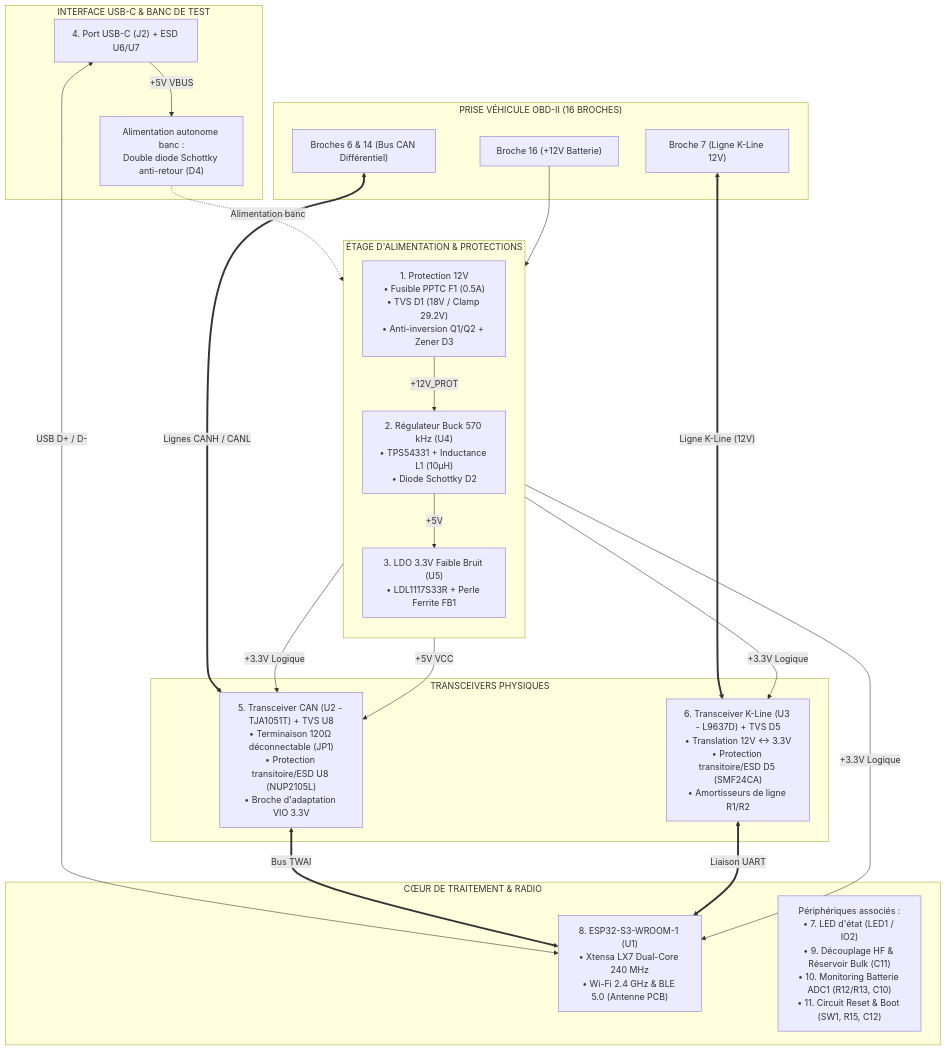
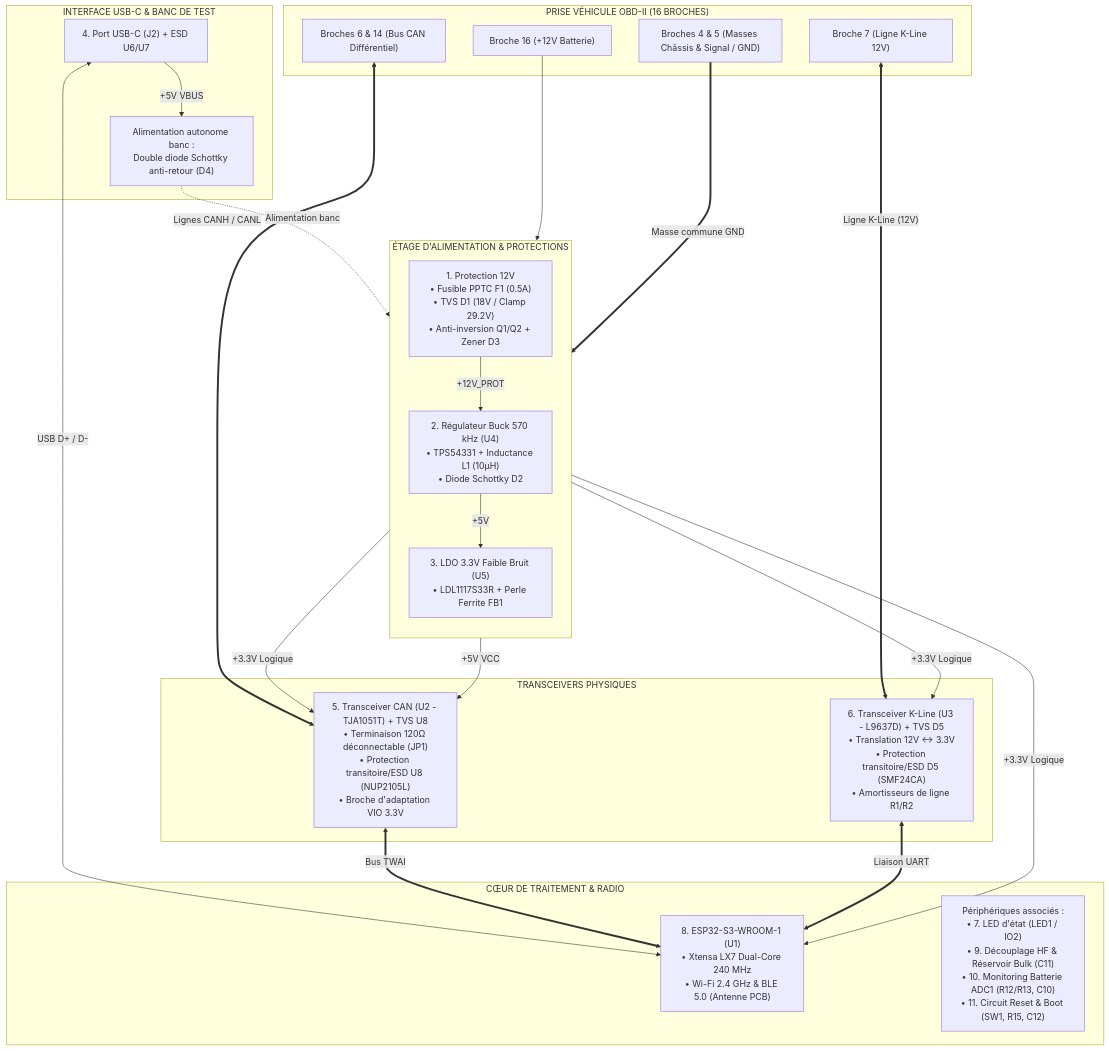
One commit to nitrogene/OBD2 changed the first of 9 diagrams in HARDWARE.md. Above: the diagram before and after it, drawn with Mermaid. The commit also changed other lines of this file and 2 other files, not shown here.

Commit message:
feat(bom): bascule de SW1 en Basic Part (C318884), maj TODO et alignement GND dans HARDWARE.md

````diff
--- a/HARDWARE.md
+++ b/HARDWARE.md
@@ -22,58 +22,60 @@
 ```mermaid
 %%{init: {
   'themeVariables': {
     'fontFamily': 'Consolas, "Courier New", monospace',
     'fontSize': '12px'
   },
   'flowchart': {
     'curve': 'stepBefore',
     'nodeSpacing': 30,
     'rankSpacing': 40
   }
 }}%%
 flowchart TD
     subgraph OBD["PRISE VÉHICULE OBD-II (16 BROCHES)"]
         PIN16["Broche 16 (+12V Batterie)"]
+        PIN4_5["Broches 4 & 5 (Masses Châssis & Signal / GND)"]
         PIN6_14["Broches 6 & 14 (Bus CAN Différentiel)"]
         PIN7["Broche 7 (Ligne K-Line 12V)"]
     end
 
     subgraph POWER["ÉTAGE D'ALIMENTATION & PROTECTIONS"]
         direction TB
         F1["1. Protection 12V\n• Fusible PPTC F1 (0.5A)\n• TVS D1 (18V / Clamp 29.2V)\n• Anti-inversion Q1/Q2 + Zener D3"]
         BUCK["2. Régulateur Buck 570 kHz (U4)\n• TPS54331 + Inductance L1 (10µH)\n• Diode Schottky D2"]
         LDO["3. LDO 3.3V Faible Bruit (U5)\n• LDL1117S33R + Perle Ferrite FB1"]
         F1 -->|"+12V_PROT"| BUCK
         BUCK -->|"+5V"| LDO
     end
 
     subgraph TRANSCEIVERS["TRANSCEIVERS PHYSIQUES"]
         CAN_IC["5. Transceiver CAN (U2 - TJA1051T) + TVS U8\n• Terminaison 120Ω déconnectable (JP1)\n• Protection transitoire/ESD U8 (NUP2105L)\n• Broche d'adaptation VIO 3.3V"]
         KLINE_IC["6. Transceiver K-Line (U3 - L9637D) + TVS D5\n• Translation 12V ↔ 3.3V\n• Protection transitoire/ESD D5 (SMF24CA)\n• Amortisseurs de ligne R1/R2"]
     end
 
     subgraph MCU["CŒUR DE TRAITEMENT & RADIO"]
         ESP["8. ESP32-S3-WROOM-1 (U1)\n• Xtensa LX7 Dual-Core 240 MHz\n• Wi-Fi 2.4 GHz & BLE 5.0 (Antenne PCB)"]
         PERIPH["Périphériques associés :\n• 7. LED d'état (LED1 / IO2)\n• 9. Découplage HF & Réservoir Bulk (C11)\n• 10. Monitoring Batterie ADC1 (R12/R13, C10)\n• 11. Circuit Reset & Boot (SW1, R15, C12)"]
     end
 
     subgraph USB_DEBUG["INTERFACE USB-C & BANC DE TEST"]
         USBC["4. Port USB-C (J2) + ESD U6/U7"]
         D4["Alimentation autonome banc :\nDouble diode Schottky anti-retour (D4)"]
         USBC -->|"+5V VBUS"| D4
         D4 -.->|Alimentation banc| BUCK
         USBC <-->|"USB D+ / D-"| ESP
     end
 
     PIN16 --> F1
+    PIN4_5 ===>|"Masse commune GND"| POWER
     PIN6_14 <==>|"Lignes CANH / CANL"| CAN_IC
     PIN7 <==>|"Ligne K-Line (12V)"| KLINE_IC
 
     LDO -->|"+3.3V Logique"| ESP
     LDO -->|"+3.3V Logique"| CAN_IC
     LDO -->|"+3.3V Logique"| KLINE_IC
     BUCK -->|"+5V VCC"| CAN_IC
 
     CAN_IC <==>|"Bus TWAI"| ESP
     KLINE_IC <==>|"Liaison UART"| ESP
 ```
````
